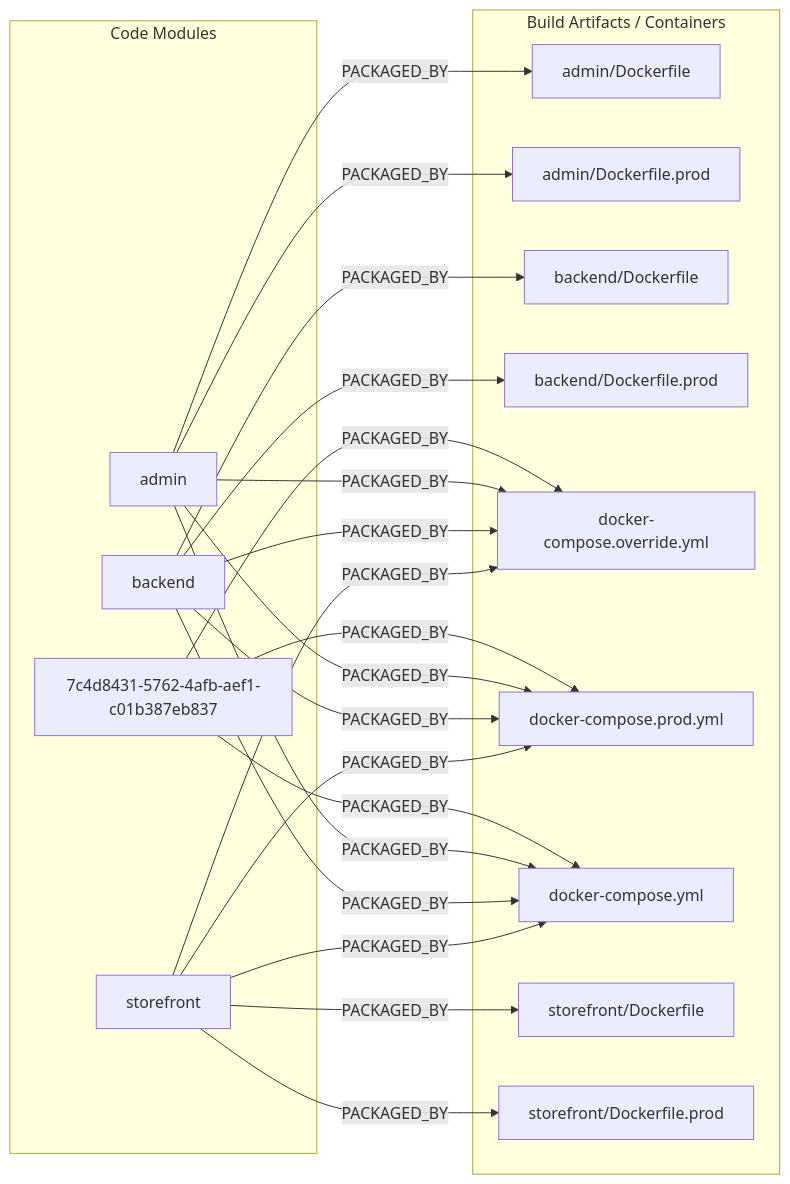
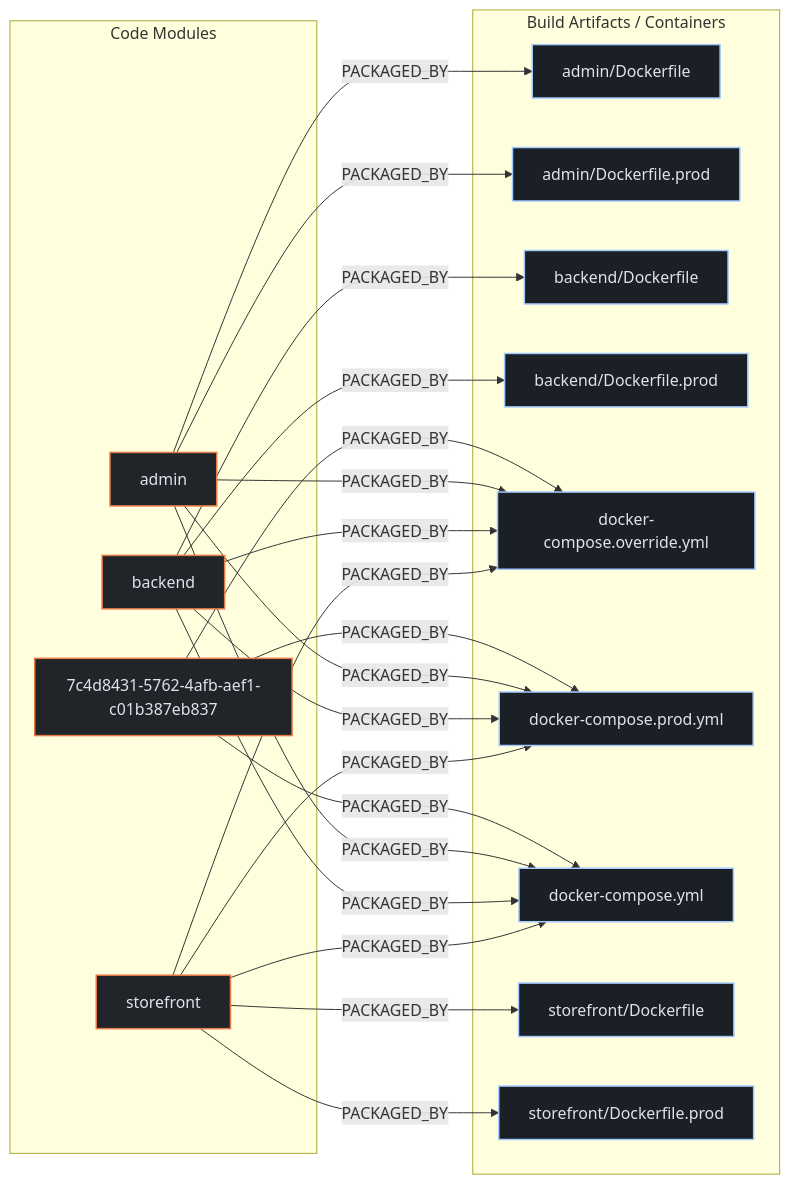
The second of 3 diagrams in exports/latest/reports/medusajs-docker-medusa-report.md (kumarshaz/atruss-code-atlas), drawn with Mermaid before and after one commit. The commit also changed other lines of this file and 331 other files, not shown here.

Commit message:
docs,ui,fix: update SDLC docs, reorder CI/CD DAG first, stylize Mermaid, and fix Arc42 pipeline topology

````diff
--- a/exports/latest/reports/medusajs-docker-medusa-report.md
+++ b/exports/latest/reports/medusajs-docker-medusa-report.md
@@ -70,38 +77,42 @@
 ```mermaid
 flowchart LR
+    classDef atlasCategory fill:#212428,stroke:#E87A48,stroke-width:1.5px,color:#dfe3eb
+    classDef atlasWorkflow fill:#1b2026,stroke:#a3c9ff,stroke-width:1.5px,color:#dfe3eb
+    classDef atlasJob fill:#171c22,stroke:#8d9199,stroke-width:1px,color:#dfe3eb
+    classDef atlasTarget fill:#005227,stroke:#8bd99b,stroke-width:1.5px,color:#a7f6b6
     subgraph code_modules["Code Modules"]
-        mod_7c4d8431_5762_4afb_aef1_c01b387eb837["7c4d8431-5762-4afb-aef1-c01b387eb837"]
-        mod_admin["admin"]
-        mod_backend["backend"]
-        mod_storefront["storefront"]
+        mod_7c4d8431_5762_4afb_aef1_c01b387eb837["7c4d8431-5762-4afb-aef1-c01b387eb837"]:::atlasCategory
+        mod_admin["admin"]:::atlasCategory
+        mod_backend["backend"]:::atlasCategory
+        mod_storefront["storefront"]:::atlasCategory
     end
     subgraph build_artifacts["Build Artifacts / Containers"]
-        art_admin_Dockerfile["admin/Dockerfile"]
-        art_admin_Dockerfile_prod["admin/Dockerfile.prod"]
-        art_backend_Dockerfile["backend/Dockerfile"]
-        art_backend_Dockerfile_prod["backend/Dockerfile.prod"]
-        art_docker_compose_override_yml["docker-compose.override.yml"]
-        art_docker_compose_prod_yml["docker-compose.prod.yml"]
-        art_docker_compose_yml["docker-compose.yml"]
-        art_storefront_Dockerfile["storefront/Dockerfile"]
-        art_storefront_Dockerfile_prod["storefront/Dockerfile.prod"]
+        art_admin_Dockerfile["admin/Dockerfile"]:::atlasWorkflow
+        art_admin_Dockerfile_prod["admin/Dockerfile.prod"]:::atlasWorkflow
+        art_backend_Dockerfile["backend/Dockerfile"]:::atlasWorkflow
+        art_backend_Dockerfile_prod["backend/Dockerfile.prod"]:::atlasWorkflow
+        art_docker_compose_override_yml["docker-compose.override.yml"]:::atlasWorkflow
+        art_docker_compose_prod_yml["docker-compose.prod.yml"]:::atlasWorkflow
+        art_docker_compose_yml["docker-compose.yml"]:::atlasWorkflow
+        art_storefront_Dockerfile["storefront/Dockerfile"]:::atlasWorkflow
+        art_storefront_Dockerfile_prod["storefront/Dockerfile.prod"]:::atlasWorkflow
     end
     mod_7c4d8431_5762_4afb_aef1_c01b387eb837 -->|PACKAGED_BY| art_docker_compose_override_yml
     mod_7c4d8431_5762_4afb_aef1_c01b387eb837 -->|PACKAGED_BY| art_docker_compose_prod_yml
     mod_7c4d8431_5762_4afb_aef1_c01b387eb837 -->|PACKAGED_BY| art_docker_compose_yml
     mod_admin -->|PACKAGED_BY| art_admin_Dockerfile
     mod_admin -->|PACKAGED_BY| art_admin_Dockerfile_prod
     mod_admin -->|PACKAGED_BY| art_docker_compose_override_yml
     mod_admin -->|PACKAGED_BY| art_docker_compose_prod_yml
     mod_admin -->|PACKAGED_BY| art_docker_compose_yml
     mod_backend -->|PACKAGED_BY| art_backend_Dockerfile
     mod_backend -->|PACKAGED_BY| art_backend_Dockerfile_prod
     mod_backend -->|PACKAGED_BY| art_docker_compose_override_yml
     mod_backend -->|PACKAGED_BY| art_docker_compose_prod_yml
     mod_backend -->|PACKAGED_BY| art_docker_compose_yml
     mod_storefront -->|PACKAGED_BY| art_docker_compose_override_yml
     mod_storefront -->|PACKAGED_BY| art_docker_compose_prod_yml
     mod_storefront -->|PACKAGED_BY| art_docker_compose_yml
     mod_storefront -->|PACKAGED_BY| art_storefront_Dockerfile
     mod_storefront -->|PACKAGED_BY| art_storefront_Dockerfile_prod
 ```
````
